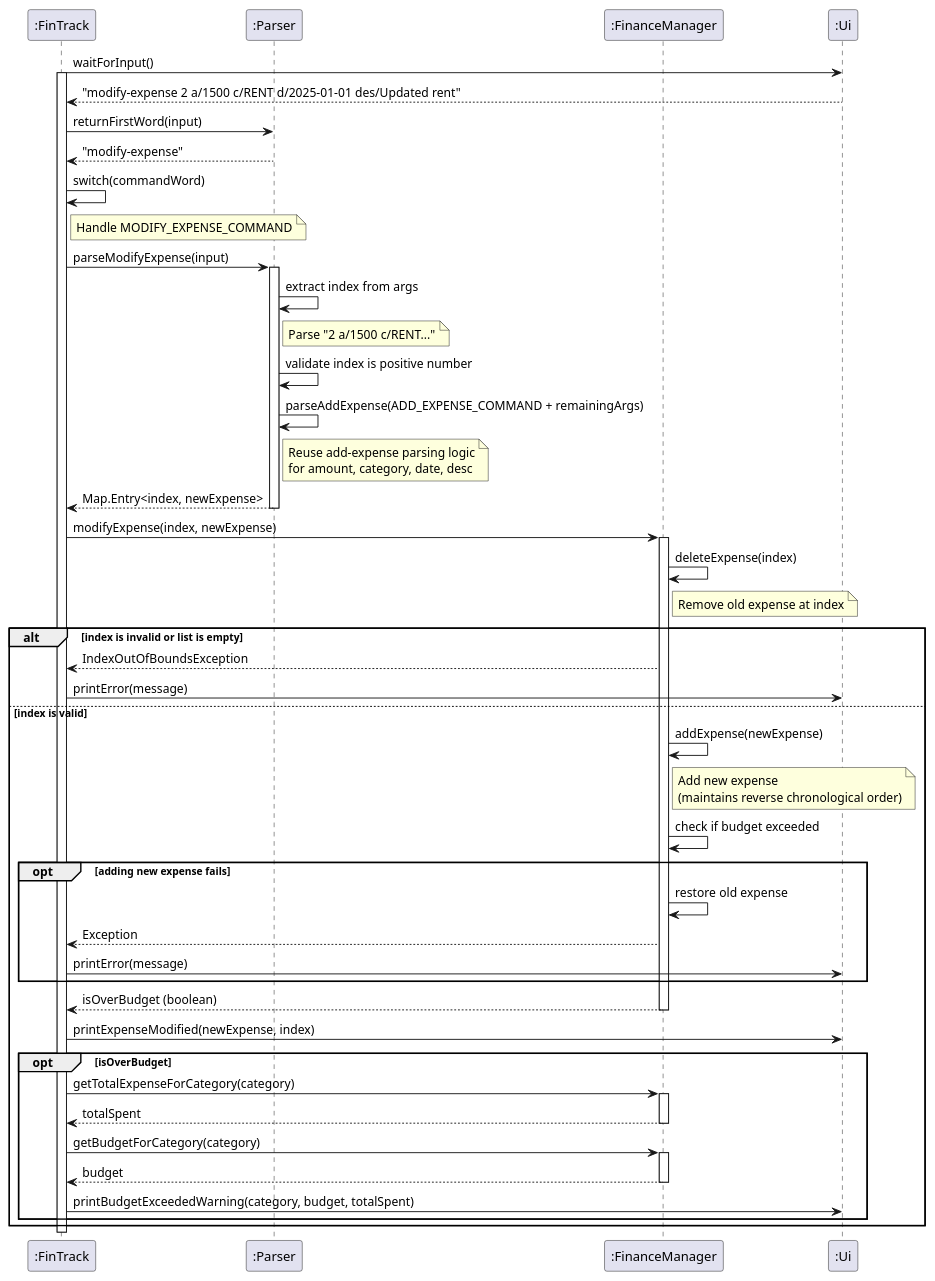
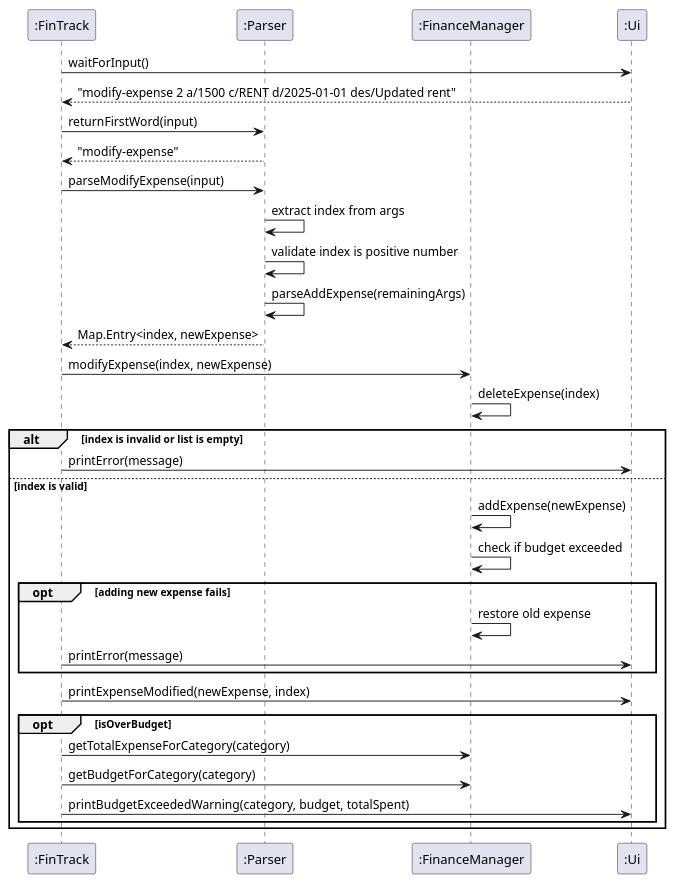
The diagram in docs/diagrams/modify_expense.puml (AY2526S1-CS2113-W12-4/tp), drawn with PlantUML before and after one commit. The commit also changed 3 other files, not shown here.

Commit message:
Update puml diagrams for modify methods

```diff
--- a/docs/diagrams/modify_expense.puml
+++ b/docs/diagrams/modify_expense.puml
@@ -1,74 +1,42 @@
 @startuml
 participant ":FinTrack" as FT
 participant ":Parser" as P
 participant ":FinanceManager" as FM
 participant ":Ui" as UI
 
 FT -> UI: waitForInput()
-activate FT
 UI --> FT: "modify-expense 2 a/1500 c/RENT d/2025-01-01 des/Updated rent"
 
 FT -> P: returnFirstWord(input)
 P --> FT: "modify-expense"
 
-FT -> FT: switch(commandWord)
-
-note right of FT: Handle MODIFY_EXPENSE_COMMAND
-
 FT -> P: parseModifyExpense(input)
-activate P
-
 P -> P: extract index from args
-note right of P: Parse "2 a/1500 c/RENT..."
-
 P -> P: validate index is positive number
-
-P -> P: parseAddExpense(ADD_EXPENSE_COMMAND + remainingArgs)
-note right of P: Reuse add-expense parsing logic\nfor amount, category, date, desc
-
+P -> P: parseAddExpense(remainingArgs)
 P --> FT: Map.Entry<index, newExpense>
-deactivate P
 
 FT -> FM: modifyExpense(index, newExpense)
-activate FM
 
 FM -> FM: deleteExpense(index)
-note right of FM: Remove old expense at index
 
 alt index is invalid or list is empty
-    FM --> FT: IndexOutOfBoundsException
     FT -> UI: printError(message)
 else index is valid
     FM -> FM: addExpense(newExpense)
-    note right of FM: Add new expense\n(maintains reverse chronological order)
-    
     FM -> FM: check if budget exceeded
-    
+
     opt adding new expense fails
         FM -> FM: restore old expense
-        FM --> FT: Exception
         FT -> UI: printError(message)
     end
-    
-    FM --> FT: isOverBudget (boolean)
-    deactivate FM
-    
+
     FT -> UI: printExpenseModified(newExpense, index)
-    
+
     opt isOverBudget
         FT -> FM: getTotalExpenseForCategory(category)
-        activate FM
-        FM --> FT: totalSpent
-        deactivate FM
-        
         FT -> FM: getBudgetForCategory(category)
-        activate FM
-        FM --> FT: budget
-        deactivate FM
-        
         FT -> UI: printBudgetExceededWarning(category, budget, totalSpent)
     end
 end
-
-deactivate FT
 @enduml
```
